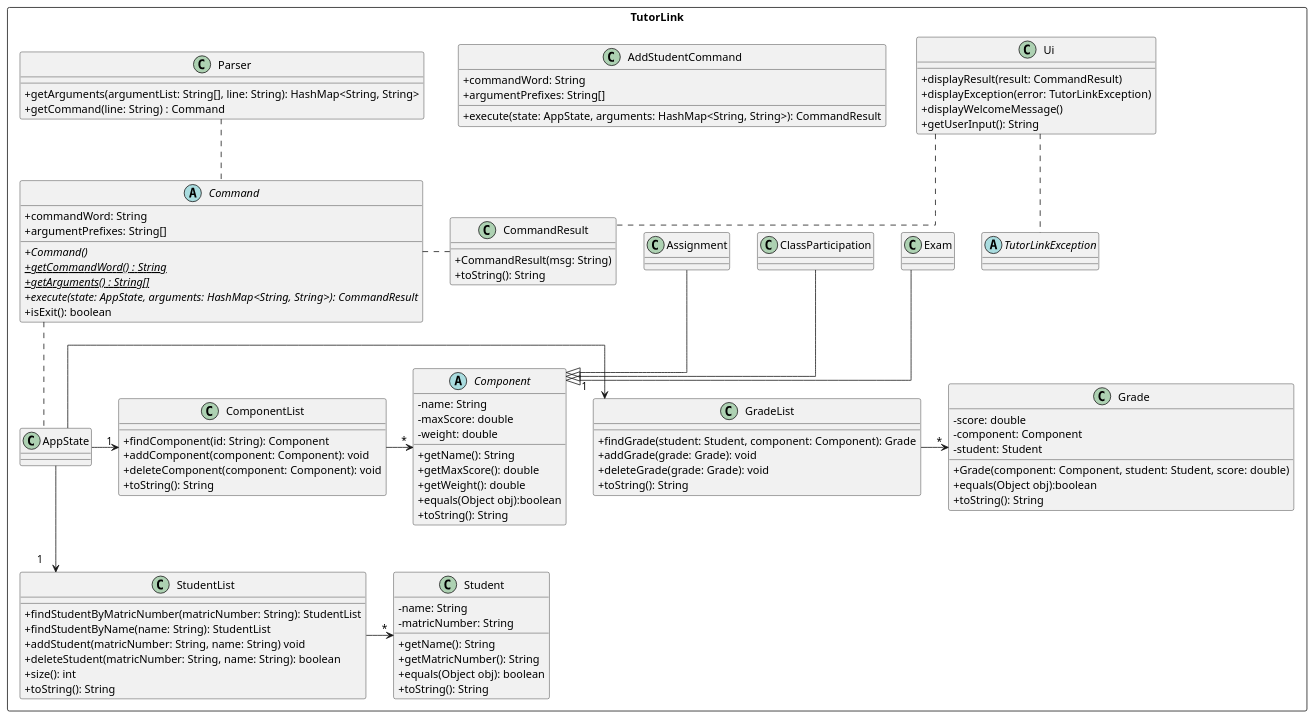
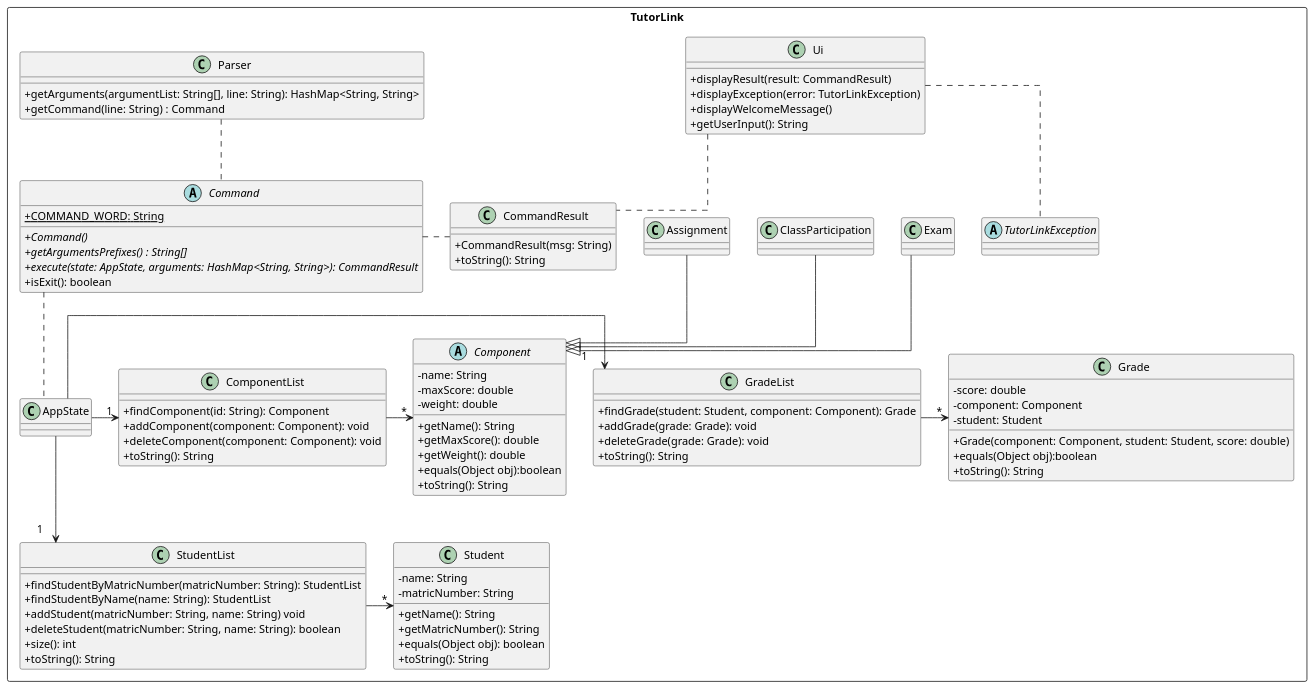
Before and after one commit to yeekian/tp: the diagram in docs/diagrams/Assets.puml, drawn with PlantUML. The commit also changed 7 other files, not shown here.

Commit message:
Command change only argPrefixes need a get method

```diff
--- a/docs/diagrams/Assets.puml
+++ b/docs/diagrams/Assets.puml
@@ -1,127 +1,119 @@
 @startuml App Diagram
 
 'https://plantuml.com/class-diagram
 ' !include Style.puml
 skinparam classAttributeIconSize 0
 skinparam classMethodIconSize 0
 skinparam linetype ortho
 
 package TutorLink <<Rectangle>>{
 
 class CommandResult {
     + CommandResult(msg: String)
     + toString(): String
 }
 
 class Ui {
     + displayResult(result: CommandResult)
     + displayException(error: TutorLinkException)
     + displayWelcomeMessage()
     + getUserInput(): String
 }
 
 Ui .. CommandResult
 
 Ui .. TutorLinkException
 
 abstract class TutorLinkException
 
 abstract class Command {
-    + commandWord: String
-    + argumentPrefixes: String[]
+    + {static}COMMAND_WORD: String
     + Command() {abstract}
-    + {abstract}{static} getCommandWord() : String
-    + {abstract}{static} getArguments() : String[]
+    + {abstract} getArgumentsPrefixes() : String[]
     + execute(state: AppState, arguments: HashMap<String, String>): CommandResult {abstract}
     + isExit(): boolean
-}
-
-class AddStudentCommand{
-    +commandWord: String
-    +argumentPrefixes: String[]
-    +execute(state: AppState, arguments: HashMap<String, String>): CommandResult
 }
 
 Command ..right.. CommandResult
 
 
 abstract class Component {
     - name: String
     - maxScore: double
     - weight: double
     + getName(): String
     + getMaxScore(): double
     + getWeight(): double
     + equals(Object obj):boolean
     + toString(): String
 }
 class Exam
 class ClassParticipation
 class Assignment
 
 Exam --|> Component
 ClassParticipation --|> Component
 Assignment --|> Component
 
 
 class Student{
     - name: String
     - matricNumber: String
     + getName(): String
     + getMatricNumber(): String
     + equals(Object obj): boolean
     + toString(): String
 }
 
 class Grade{
     - score: double
     - component: Component
     - student: Student
     + Grade(component: Component, student: Student, score: double)
     + equals(Object obj):boolean
     + toString(): String
 }
 
 
 class AppState
 class GradeList{
     + findGrade(student: Student, component: Component): Grade
     + addGrade(grade: Grade): void
     + deleteGrade(grade: Grade): void
     + toString(): String
 }
 class StudentList {
     + findStudentByMatricNumber(matricNumber: String): StudentList
     + findStudentByName(name: String): StudentList
     + addStudent(matricNumber: String, name: String) void
     + deleteStudent(matricNumber: String, name: String): boolean
     + size(): int
     + toString(): String
 }
 class ComponentList {
     + findComponent(id: String): Component
     + addComponent(component: Component): void
     + deleteComponent(component: Component): void
     + toString(): String
 }
 
 AppState -> "1" GradeList
 AppState --> "1" StudentList
 AppState -> "1" ComponentList
 
 GradeList -> "*" Grade
 ComponentList -> "*" Component
 StudentList -> "*" Student
 
 Command .. AppState
 
 class Parser {
     + getArguments(argumentList: String[], line: String): HashMap<String, String>
     + getCommand(line: String) : Command
 }
 
 Parser .. Command
 
 }
 
 @enduml
```
